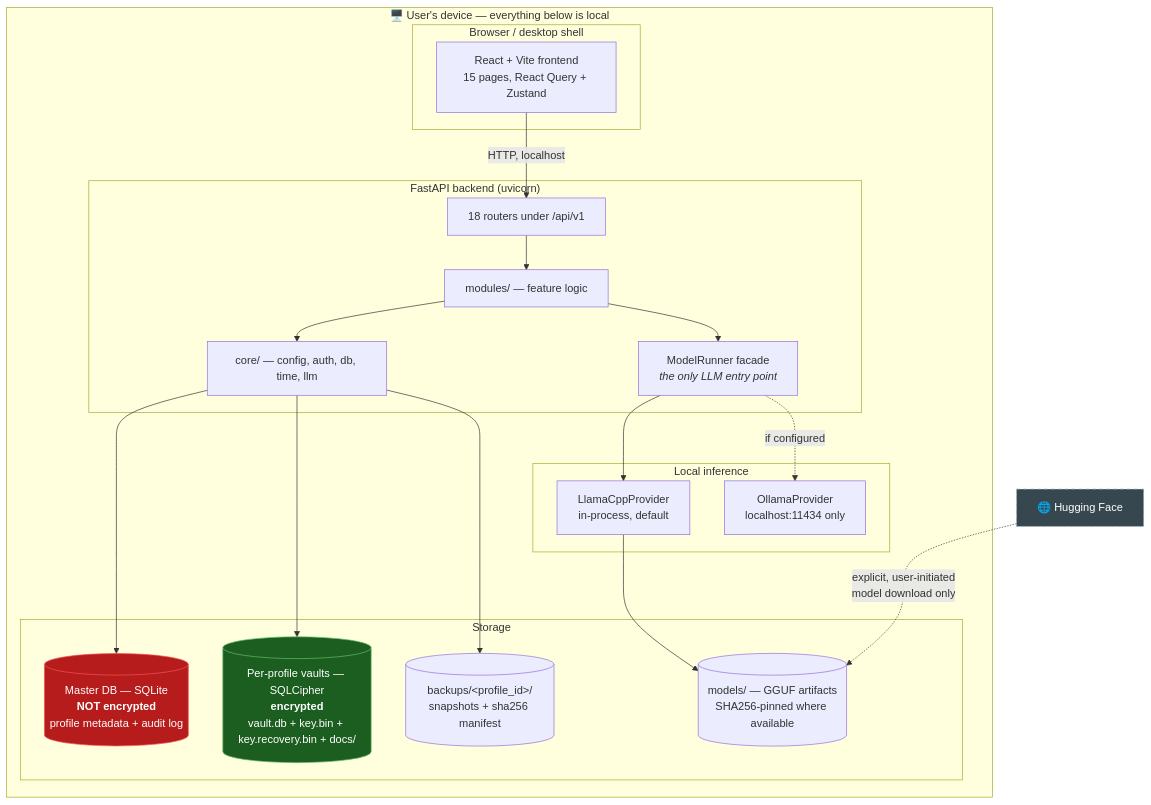
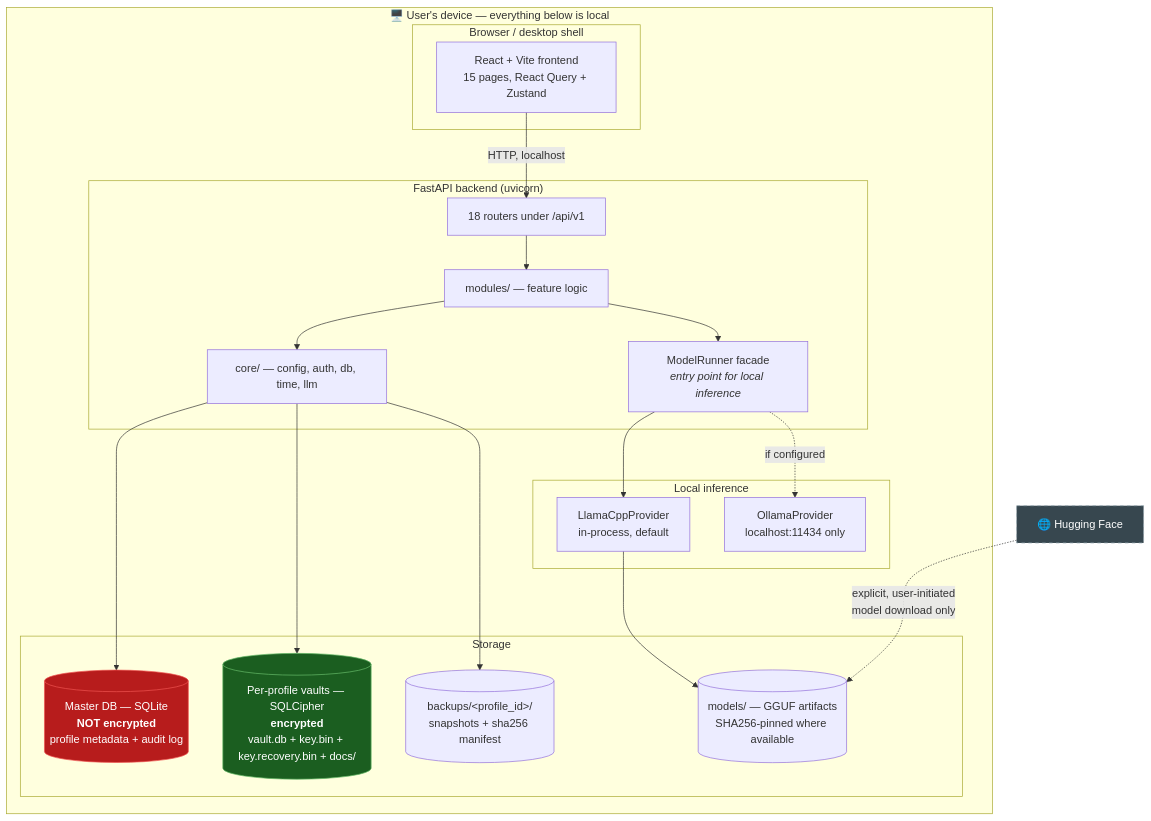
The first of 2 diagrams in docs/architecture/README.md (BrooklynD23/HealthCentral), drawn with Mermaid before and after one commit. The commit also changed other lines of this file, not shown here.

Commit message:
docs(architecture): README states ModelRunner scope and the other outbound paths

````diff
--- a/docs/architecture/README.md
+++ b/docs/architecture/README.md
@@ -39,47 +39,47 @@
 ```mermaid
 graph TB
     subgraph device["🖥️ User's device — everything below is local"]
         subgraph browser["Browser / desktop shell"]
             UI["React + Vite frontend<br/>15 pages, React Query + Zustand"]
         end
 
         subgraph backend["FastAPI backend (uvicorn)"]
             API["18 routers under /api/v1"]
             MOD["modules/ — feature logic"]
             CORE["core/ — config, auth, db, time, llm"]
-            MR["ModelRunner facade<br/><i>the only LLM entry point</i>"]
+            MR["ModelRunner facade<br/><i>entry point for local inference</i>"]
         end
 
         subgraph storage["Storage"]
             MASTER[("Master DB — SQLite<br/><b>NOT encrypted</b><br/>profile metadata + audit log")]
             VAULT[("Per-profile vaults — SQLCipher<br/><b>encrypted</b><br/>vault.db + key.bin + key.recovery.bin + docs/")]
             BACKUPS[("backups/&lt;profile_id&gt;/<br/>snapshots + sha256 manifest")]
             MODELS[("models/ — GGUF artifacts<br/>SHA256-pinned where available")]
         end
 
         subgraph llm["Local inference"]
             LCPP["LlamaCppProvider<br/>in-process, default"]
             OLLAMA["OllamaProvider<br/>localhost:11434 only"]
         end
     end
 
     HF["🌐 Hugging Face"]
 
     UI -->|"HTTP, localhost"| API
     API --> MOD --> CORE
     MOD --> MR
     MR --> LCPP
     MR -.->|"if configured"| OLLAMA
     LCPP --> MODELS
     CORE --> MASTER
     CORE --> VAULT
     CORE --> BACKUPS
     HF -.->|"explicit, user-initiated<br/>model download only"| MODELS
 
     classDef encrypted fill:#1b5e20,stroke:#66bb6a,color:#fff
     classDef plain fill:#b71c1c,stroke:#ef5350,color:#fff
     classDef external fill:#37474f,stroke:#90a4ae,color:#fff,stroke-dasharray: 5 5
     class VAULT encrypted
     class MASTER plain
     class HF external
 ```
````
